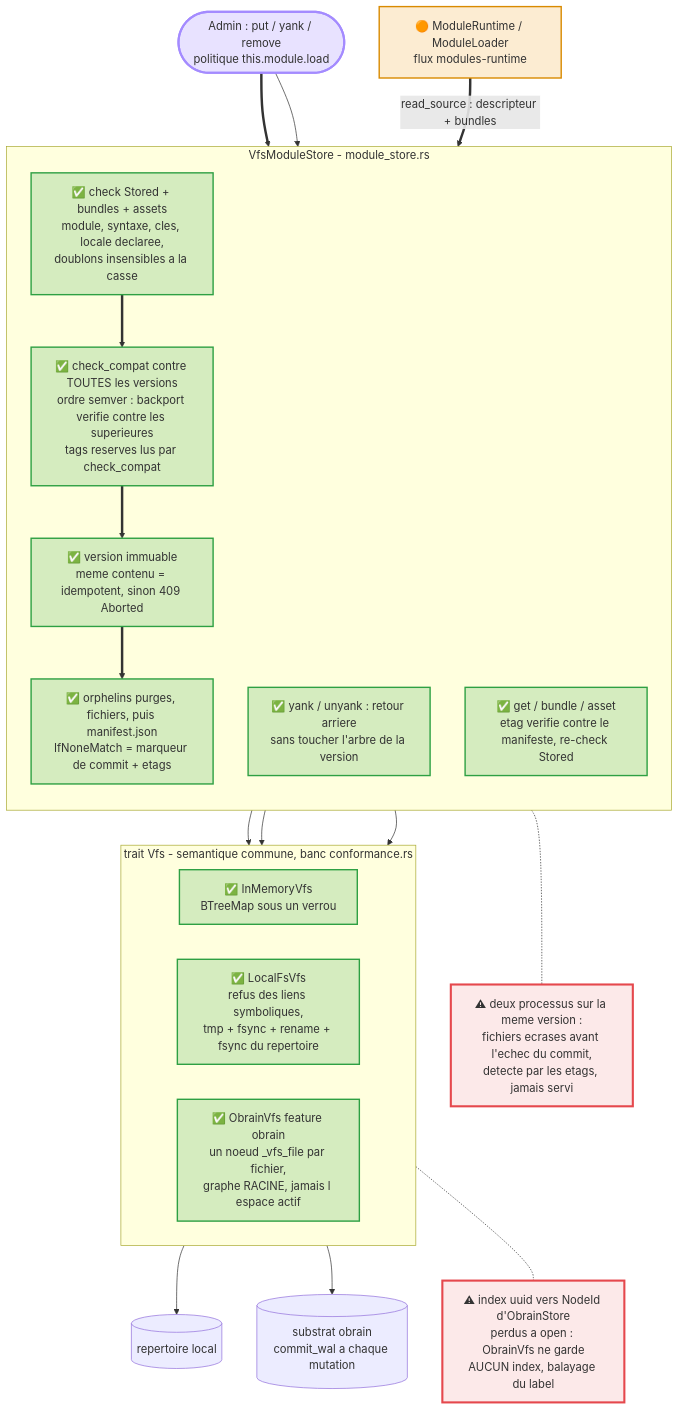
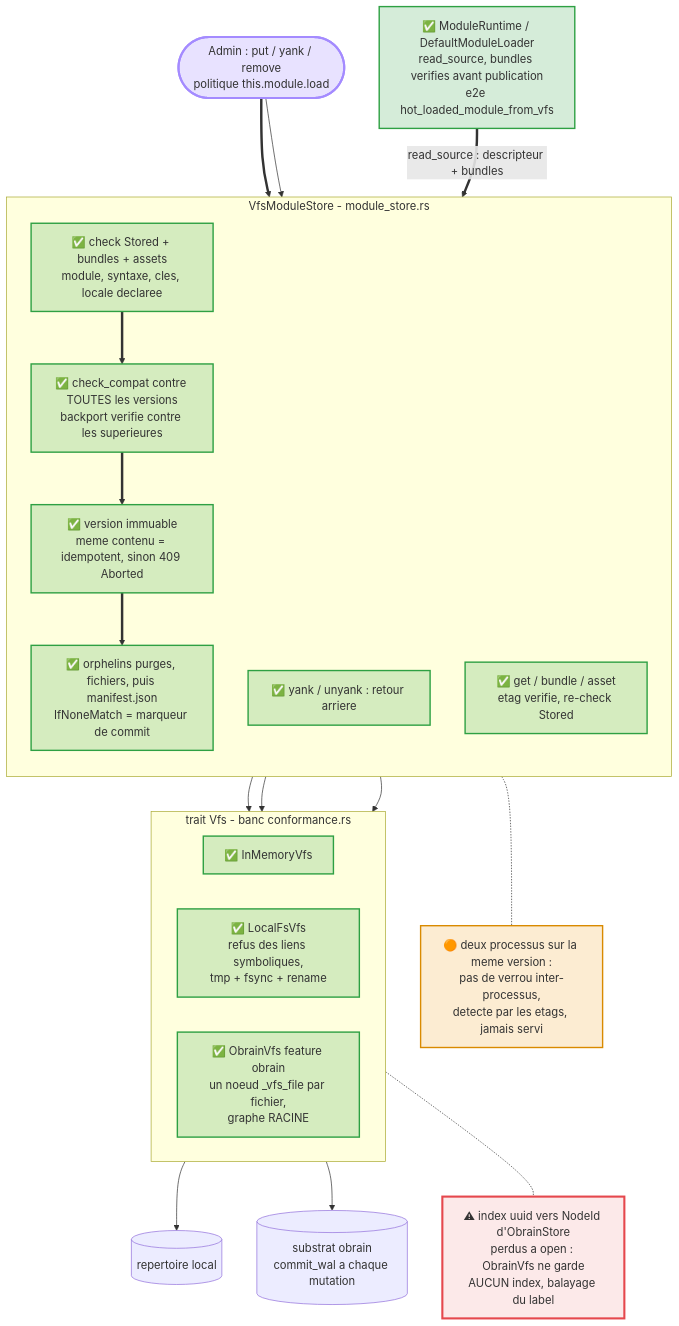
Before and after one commit to this-rs/this: the diagram in docs/atlas/module-descriptor/stockage-vfs.mmd, drawn with Mermaid. The commit also changed 13 other files, not shown here.

First line of the commit message:
docs(module-descriptor): delivered state in the RFC and diagrams aligned with the integrated code

```diff
--- a/docs/atlas/module-descriptor/stockage-vfs.mmd
+++ b/docs/atlas/module-descriptor/stockage-vfs.mmd
@@ -1,51 +1,51 @@
+%% name: module-descriptor-vfs-storage
+%% QUESTION : comment un module stocke est ecrit, verifie et relu, sur quels backends ?
+%% PROUVE (MESURE) : banc vfs_conformance_* (memoire, fs), obrain_vfs_conformance (--features obrain), fs_vfs_sandboxed,
+%%   obrain_vfs_survives_reopen_without_rebuild, obrain_vfs_ignores_the_active_space (rouge avant correctif),
+%%   module_store_* (put/get/bundles/immuable/yank/remove/assets/backport/locales/orphelins/alteration fs), read_source_loads_stored_module,
+%%   compat::tests::reserved_tag_of_prev_cannot_be_taken_by_next ; integration : e2e hot_loaded_module_from_vfs_served_then_404_after_unload.
+%% LU : src/storage/vfs/{mod,memory,fs,obrain,module_store,conformance}.rs, src/server/module_runtime/{loader,runtime}.rs.
+%% NON ETABLI : ecritures concurrentes entre PROCESSUS (verrou en processus seulement).
 flowchart TB
-%% name: module-descriptor-vfs-storage
-%% PROUVE : banc vfs_conformance_* (memoire, fs), obrain_vfs_conformance (--features obrain), fs_vfs_sandboxed,
-%%   obrain_vfs_survives_reopen_without_rebuild, obrain_vfs_ignores_the_active_space (rouge avant correctif, mesure),
-%%   module_store_* (put/get/bundles/immuable/yank/remove/assets/backport/locales/orphelins/alteration fs), read_source_loads_stored_module,
-%%   compat::tests::reserved_tag_of_prev_cannot_be_taken_by_next (this-descriptor).
-%% SOURCES LUES : src/storage/vfs/{mod,memory,fs,obrain,module_store,conformance}.rs, src/storage/obrain.rs,
-%%   src/server/module_runtime/loader.rs, crates/this-descriptor/src/{check,compat,module,i18n}.rs.
-%% NON ETABLI : ecritures concurrentes entre PROCESSUS (verrou en processus seulement) ; ModuleRuntime branche sur read_source (flux modules-runtime).
+    classDef ok       fill:#2ea04333,stroke:#2ea043,stroke-width:2px
+    classDef todo     fill:#f0a02033,stroke:#d98a00,stroke-width:2px
+    classDef refused  fill:#e5484d33,stroke:#e5484d,stroke-width:2px,stroke-dasharray:6 3
+    classDef upstream fill:#8b8fa322,stroke:#8b8fa3,stroke-dasharray:3 3
+    classDef trap     fill:#e5484d1f,stroke:#e5484d,stroke-width:3px
+    classDef entry    fill:#a48bff40,stroke:#a48bff,stroke-width:3px
+
     ADM(["Admin : put / yank / remove<br/>politique this.module.load"]):::entry
-    RT["🟠 ModuleRuntime / ModuleLoader<br/>flux modules-runtime"]:::todo
+    RT["✅ ModuleRuntime / DefaultModuleLoader<br/>read_source, bundles verifies avant publication<br/>e2e hot_loaded_module_from_vfs"]:::ok
 
     subgraph MS["VfsModuleStore - module_store.rs"]
         direction TB
-        CHK["✅ check Stored + bundles + assets<br/>module, syntaxe, cles, locale declaree,<br/>doublons insensibles a la casse"]:::ok
-        CMP["✅ check_compat contre TOUTES les versions<br/>ordre semver : backport verifie contre les superieures<br/>tags reserves lus par check_compat"]:::ok
+        CHK["✅ check Stored + bundles + assets<br/>module, syntaxe, cles, locale declaree"]:::ok
+        CMP["✅ check_compat contre TOUTES les versions<br/>backport verifie contre les superieures"]:::ok
         IMM["✅ version immuable<br/>meme contenu = idempotent, sinon 409 Aborted"]:::ok
-        MAN["✅ orphelins purges, fichiers, puis manifest.json<br/>IfNoneMatch = marqueur de commit + etags"]:::ok
-        YNK["✅ yank / unyank : retour arriere<br/>sans toucher l'arbre de la version"]:::ok
-        RD["✅ get / bundle / asset<br/>etag verifie contre le manifeste, re-check Stored"]:::ok
+        MAN["✅ orphelins purges, fichiers, puis manifest.json<br/>IfNoneMatch = marqueur de commit"]:::ok
+        YNK["✅ yank / unyank : retour arriere"]:::ok
+        RD["✅ get / bundle / asset<br/>etag verifie, re-check Stored"]:::ok
     end
 
-    subgraph V["trait Vfs - semantique commune, banc conformance.rs"]
+    subgraph V["trait Vfs - banc conformance.rs"]
         direction LR
-        MEM["✅ InMemoryVfs<br/>BTreeMap sous un verrou"]:::ok
-        FS["✅ LocalFsVfs<br/>refus des liens symboliques,<br/>tmp + fsync + rename + fsync du repertoire"]:::ok
-        OB["✅ ObrainVfs feature obrain<br/>un noeud _vfs_file par fichier,<br/>graphe RACINE, jamais l espace actif"]:::ok
+        MEM["✅ InMemoryVfs"]:::ok
+        FS["✅ LocalFsVfs<br/>refus des liens symboliques,<br/>tmp + fsync + rename"]:::ok
+        OB["✅ ObrainVfs feature obrain<br/>un noeud _vfs_file par fichier,<br/>graphe RACINE"]:::ok
     end
 
     TRAP["⚠ index uuid vers NodeId d'ObrainStore<br/>perdus a open : ObrainVfs ne garde<br/>AUCUN index, balayage du label"]:::trap
-    RACE["⚠ deux processus sur la meme version :<br/>fichiers ecrases avant l'echec du commit,<br/>detecte par les etags, jamais servi"]:::trap
+    RACE["🟠 deux processus sur la meme version :<br/>pas de verrou inter-processus,<br/>detecte par les etags, jamais servi"]:::todo
     DB@{ shape: cyl, label: "substrat obrain<br/>commit_wal a chaque mutation" }
     DISK@{ shape: cyl, label: "repertoire local" }
 
     ADM ==> CHK ==> CMP ==> IMM ==> MAN
     ADM --> YNK
     RT ==>|"read_source : descripteur + bundles"| RD
     MAN --> V
     RD --> V
     YNK --> V
     FS --> DISK
     OB --> DB
     OB -.- TRAP
     MAN -.- RACE
-
-    classDef ok       fill:#2ea04333,stroke:#2ea043,stroke-width:2px
-    classDef todo     fill:#f0a02033,stroke:#d98a00,stroke-width:2px
-    classDef refused  fill:#e5484d33,stroke:#e5484d,stroke-width:2px,stroke-dasharray:6 3
-    classDef upstream fill:#8b8fa322,stroke:#8b8fa3,stroke-dasharray:3 3
-    classDef trap     fill:#e5484d1f,stroke:#e5484d,stroke-width:3px
-    classDef entry    fill:#a48bff40,stroke:#a48bff,stroke-width:3px
```
